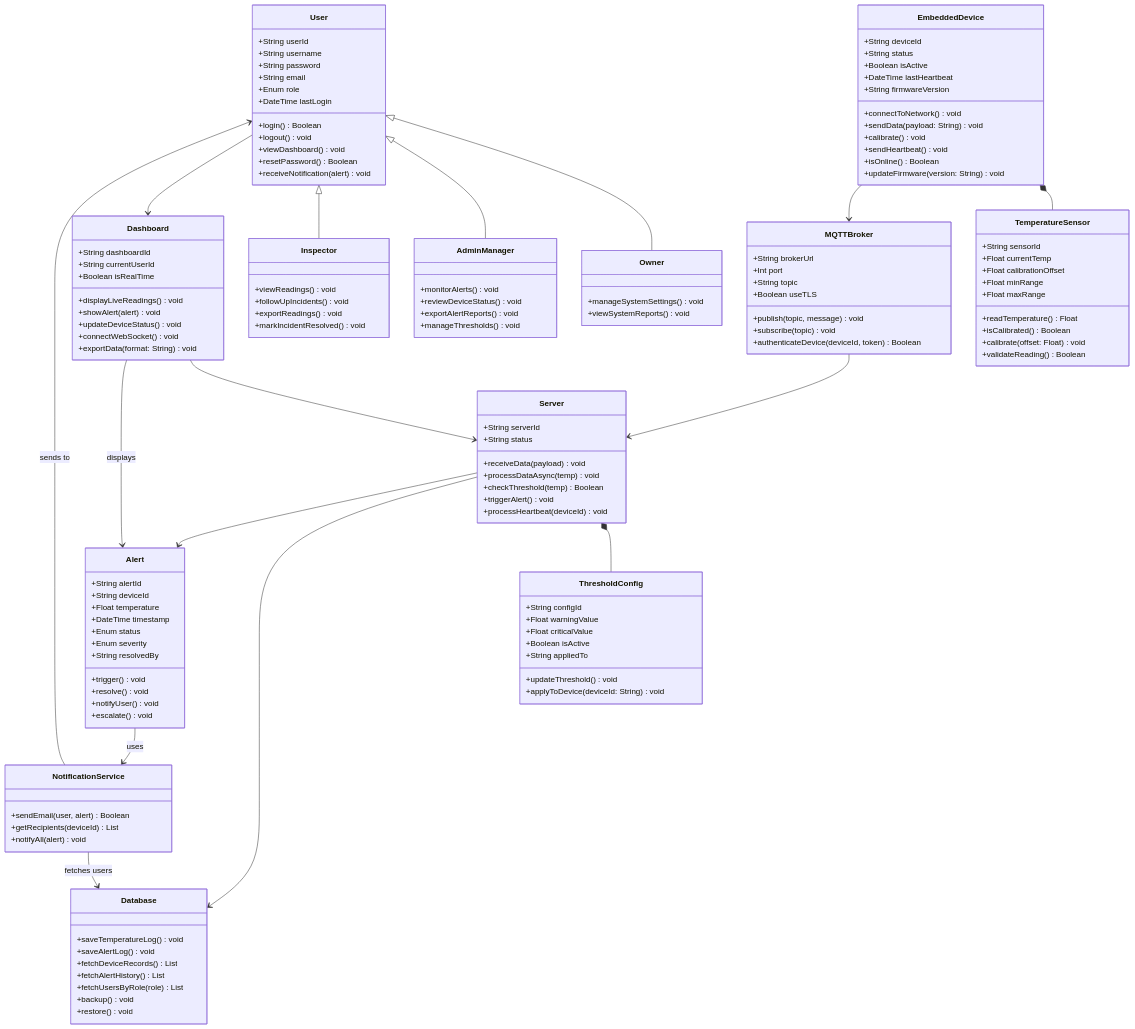
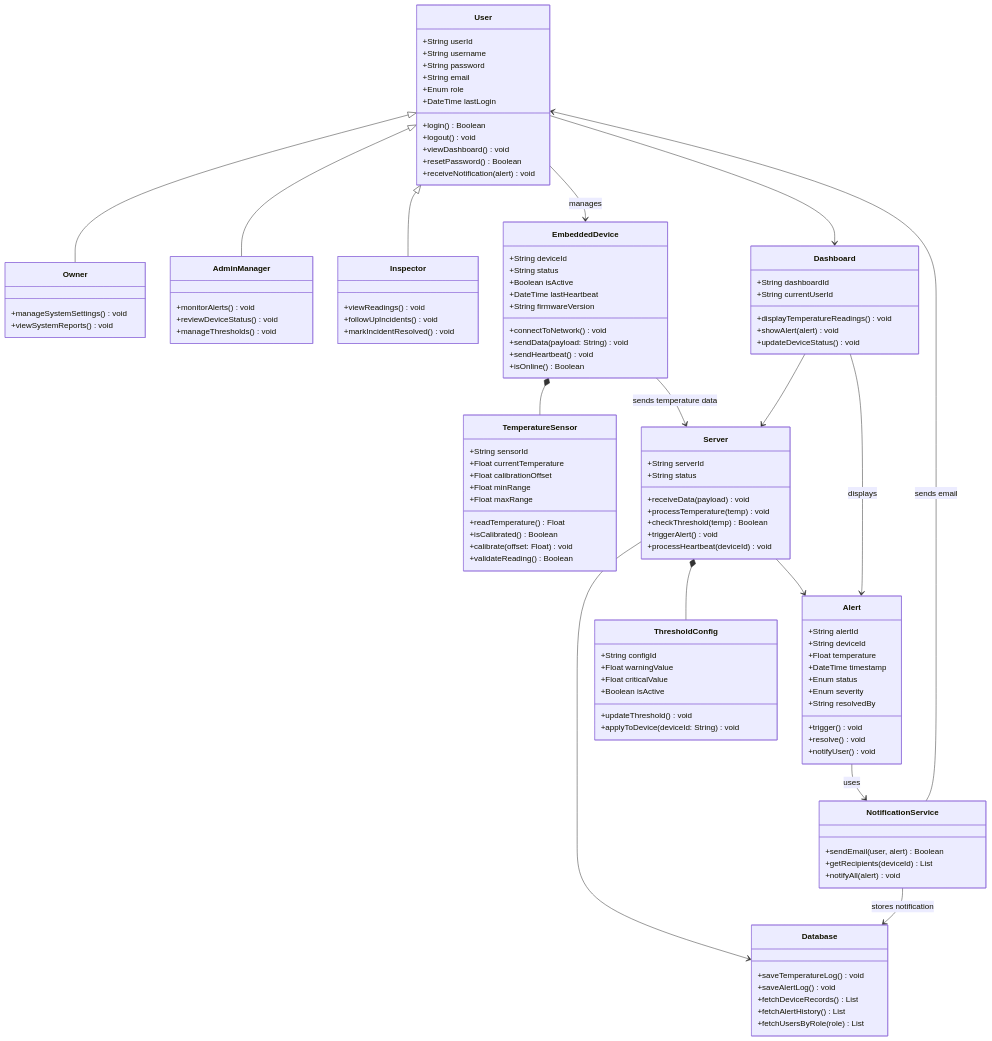
Before and after one commit to rabea14180-max/Portfolio-Project: the second of 7 diagrams in Stage 3/Technical Documentation.md, drawn with Mermaid. The commit also changed other lines of this file, not shown here.

Commit message:
Update fmt.Println message from 'Hello' to 'Goodbye'

````diff
--- a/Stage 3/Technical Documentation.md
+++ b/Stage 3/Technical Documentation.md
@@ -372,14 +552,12 @@
     class AdminManager {
         +monitorAlerts() void
         +reviewDeviceStatus() void
-        +exportAlertReports() void
         +manageThresholds() void
     }
 
     class Inspector {
         +viewReadings() void
         +followUpIncidents() void
-        +exportReadings() void
         +markIncidentResolved() void
     }
 
@@ -391,15 +569,13 @@
         +String firmwareVersion
         +connectToNetwork() void
         +sendData(payload: String) void
-        +calibrate() void
         +sendHeartbeat() void
         +isOnline() Boolean
-        +updateFirmware(version: String) void
     }
 
     class TemperatureSensor {
         +String sensorId
-        +Float currentTemp
+        +Float currentTemperature
         +Float calibrationOffset
         +Float minRange
         +Float maxRange
@@ -409,21 +585,11 @@
         +validateReading() Boolean
     }
 
-    class MQTTBroker {
-        +String brokerUrl
-        +Int port
-        +String topic
-        +Boolean useTLS
-        +publish(topic, message) void
-        +subscribe(topic) void
-        +authenticateDevice(deviceId, token) Boolean
-    }
-
     class Server {
         +String serverId
         +String status
         +receiveData(payload) void
-        +processDataAsync(temp) void
+        +processTemperature(temp) void
         +checkThreshold(temp) Boolean
         +triggerAlert() void
         +processHeartbeat(deviceId) void
@@ -435,8 +601,6 @@
         +fetchDeviceRecords() List
         +fetchAlertHistory() List
         +fetchUsersByRole(role) List
-        +backup() void
-        +restore() void
     }
 
     class Alert {
@@ -450,18 +614,14 @@
         +trigger() void
         +resolve() void
         +notifyUser() void
-        +escalate() void
     }
 
     class Dashboard {
         +String dashboardId
         +String currentUserId
-        +Boolean isRealTime
-        +displayLiveReadings() void
+        +displayTemperatureReadings() void
         +showAlert(alert) void
         +updateDeviceStatus() void
-        +connectWebSocket() void
-        +exportData(format: String) void
     }
 
     class ThresholdConfig {
@@ -469,7 +629,6 @@
         +Float warningValue
         +Float criticalValue
         +Boolean isActive
-        +String appliedTo
         +updateThreshold() void
         +applyToDevice(deviceId: String) void
     }
@@ -484,10 +643,10 @@
     User <|-- AdminManager
     User <|-- Inspector
 
+    User --> EmbeddedDevice : manages
+
     EmbeddedDevice *-- TemperatureSensor
-
-    EmbeddedDevice --> MQTTBroker
-    MQTTBroker --> Server
+    EmbeddedDevice --> Server : sends temperature data
 
     Server *-- ThresholdConfig
     Server --> Database
@@ -495,11 +654,9 @@
 
     Dashboard --> Server
     Dashboard --> Alert : displays
-
     User --> Dashboard
 
     Alert --> NotificationService : uses
-
-    NotificationService --> User : sends to
-    NotificationService --> Database : fetches users
+    NotificationService --> User : sends email
+    NotificationService --> Database : stores notification
 ```
````
